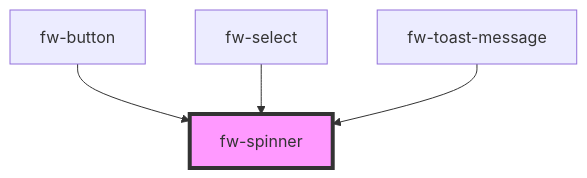
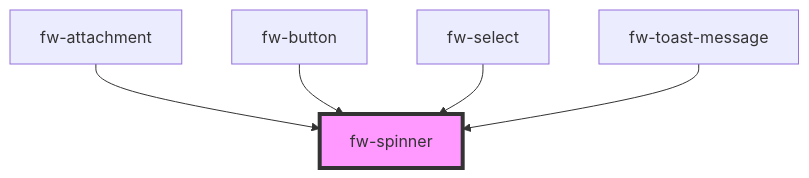
Before and after one commit to freshworks/crayons: the diagram in packages/crayons-core/src/components/spinner/readme.md, drawn with Mermaid. The commit also changed other lines of this file and 16 other files, not shown here.

````diff
--- a/packages/crayons-core/src/components/spinner/readme.md
+++ b/packages/crayons-core/src/components/spinner/readme.md
@@ -72,7 +73,8 @@
 ```mermaid
 graph TD;
+  fw-attachment --> fw-spinner
   fw-button --> fw-spinner
   fw-select --> fw-spinner
   fw-toast-message --> fw-spinner
   style fw-spinner fill:#f9f,stroke:#333,stroke-width:4px
 ```
````
